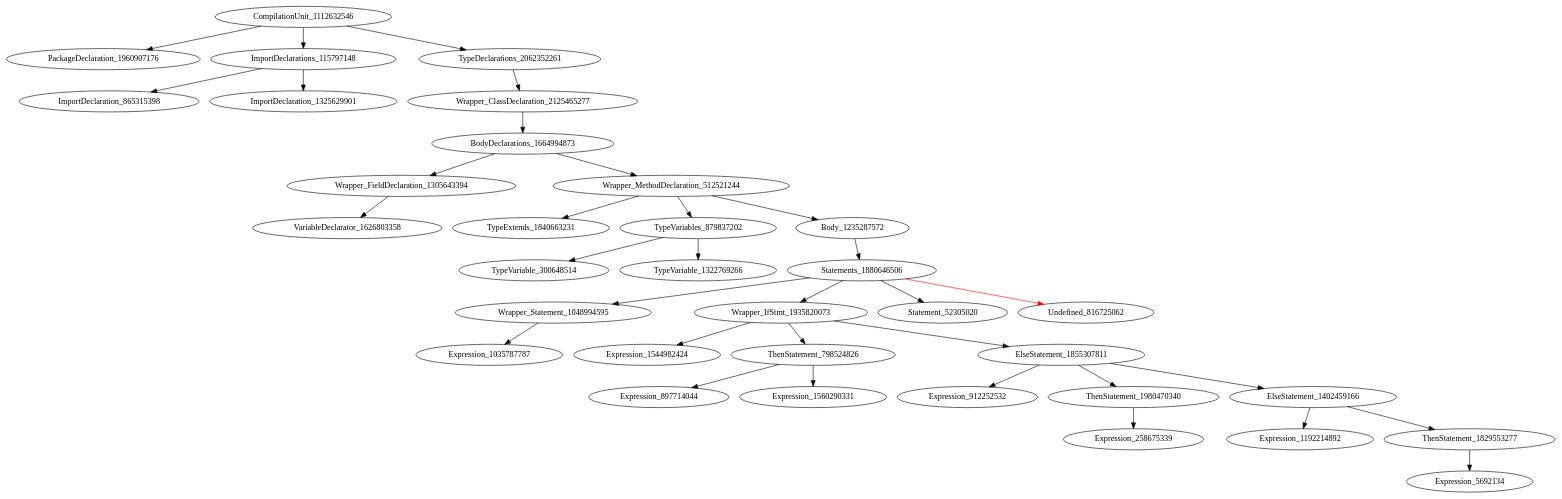
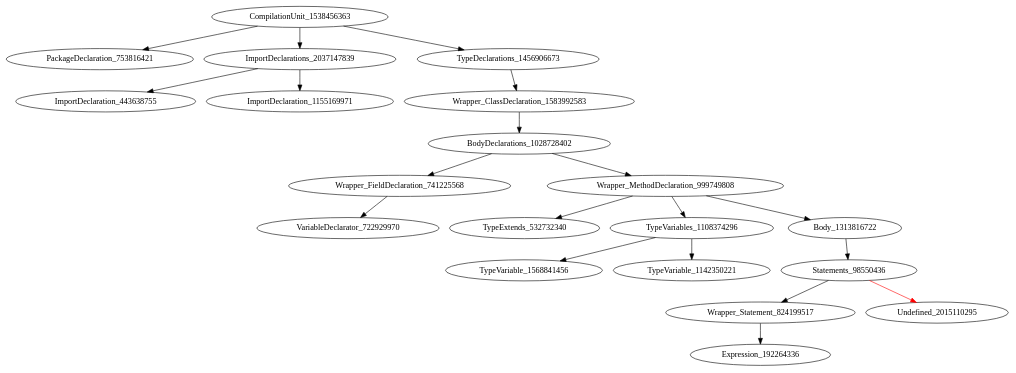
One commit to icse2023material/VoiceJava changed the diagram in holeAST.dot. Above: the diagram before and after it, drawn with Graphviz. The commit also changed 5 other files, not shown here.

Commit message:
[refactor] add local variable type definition

```diff
--- a/holeAST.dot
+++ b/holeAST.dot
@@ -1,35 +1,21 @@
 digraph {
-CompilationUnit_1112632546 -> PackageDeclaration_1960907176
-CompilationUnit_1112632546 -> ImportDeclarations_115797148
-CompilationUnit_1112632546 -> TypeDeclarations_2062352261
-ImportDeclarations_115797148 -> ImportDeclaration_865315398
-ImportDeclarations_115797148 -> ImportDeclaration_1325629901
-TypeDeclarations_2062352261 -> Wrapper_ClassDeclaration_2125465277
-Wrapper_ClassDeclaration_2125465277 -> BodyDeclarations_1664994873
-BodyDeclarations_1664994873 -> Wrapper_FieldDeclaration_1305643394
-BodyDeclarations_1664994873 -> Wrapper_MethodDeclaration_512521244
-Wrapper_FieldDeclaration_1305643394 -> VariableDeclarator_1626803358
-Wrapper_MethodDeclaration_512521244 -> TypeExtends_1840663231
-Wrapper_MethodDeclaration_512521244 -> TypeVariables_879837202
-Wrapper_MethodDeclaration_512521244 -> Body_1235287572
-TypeVariables_879837202 -> TypeVariable_300648514
-TypeVariables_879837202 -> TypeVariable_1322769266
-Body_1235287572 -> Statements_1880646506
-Statements_1880646506 -> Wrapper_Statement_1048994595
-Statements_1880646506 -> Wrapper_IfStmt_1935820073
-Statements_1880646506 -> Statement_52305020
-Statements_1880646506 -> Undefined_816725062 [color = red] 
-Wrapper_Statement_1048994595 -> Expression_1035787787
-Wrapper_IfStmt_1935820073 -> Expression_1544982424
-Wrapper_IfStmt_1935820073 -> ThenStatement_798524826
-Wrapper_IfStmt_1935820073 -> ElseStatement_1855307811
-ThenStatement_798524826 -> Expression_897714044
-ThenStatement_798524826 -> Expression_1560290331
-ElseStatement_1855307811 -> Expression_912252532
-ElseStatement_1855307811 -> ThenStatement_1980470340
-ElseStatement_1855307811 -> ElseStatement_1402459166
-ThenStatement_1980470340 -> Expression_258675339
-ElseStatement_1402459166 -> Expression_1192214892
-ElseStatement_1402459166 -> ThenStatement_1829553277
-ThenStatement_1829553277 -> Expression_5692134
+CompilationUnit_1538456363 -> PackageDeclaration_753816421
+CompilationUnit_1538456363 -> ImportDeclarations_2037147839
+CompilationUnit_1538456363 -> TypeDeclarations_1456906673
+ImportDeclarations_2037147839 -> ImportDeclaration_443638755
+ImportDeclarations_2037147839 -> ImportDeclaration_1155169971
+TypeDeclarations_1456906673 -> Wrapper_ClassDeclaration_1583992583
+Wrapper_ClassDeclaration_1583992583 -> BodyDeclarations_1028728402
+BodyDeclarations_1028728402 -> Wrapper_FieldDeclaration_741225568
+BodyDeclarations_1028728402 -> Wrapper_MethodDeclaration_999749808
+Wrapper_FieldDeclaration_741225568 -> VariableDeclarator_722929970
+Wrapper_MethodDeclaration_999749808 -> TypeExtends_532732340
+Wrapper_MethodDeclaration_999749808 -> TypeVariables_1108374296
+Wrapper_MethodDeclaration_999749808 -> Body_1313816722
+TypeVariables_1108374296 -> TypeVariable_1568841456
+TypeVariables_1108374296 -> TypeVariable_1142350221
+Body_1313816722 -> Statements_98550436
+Statements_98550436 -> Wrapper_Statement_824199517
+Statements_98550436 -> Undefined_2015110295 [color = red] 
+Wrapper_Statement_824199517 -> Expression_192264336
 }
```
